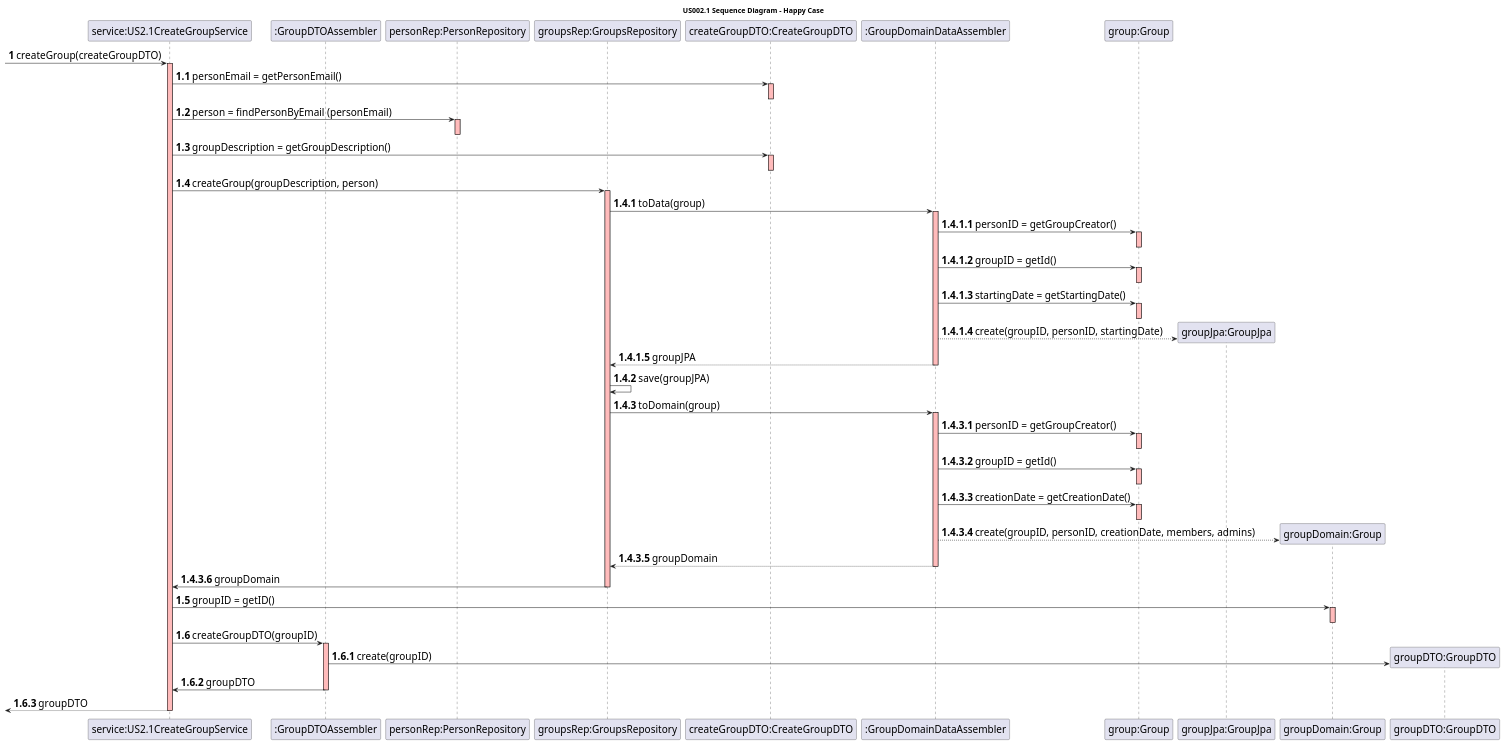
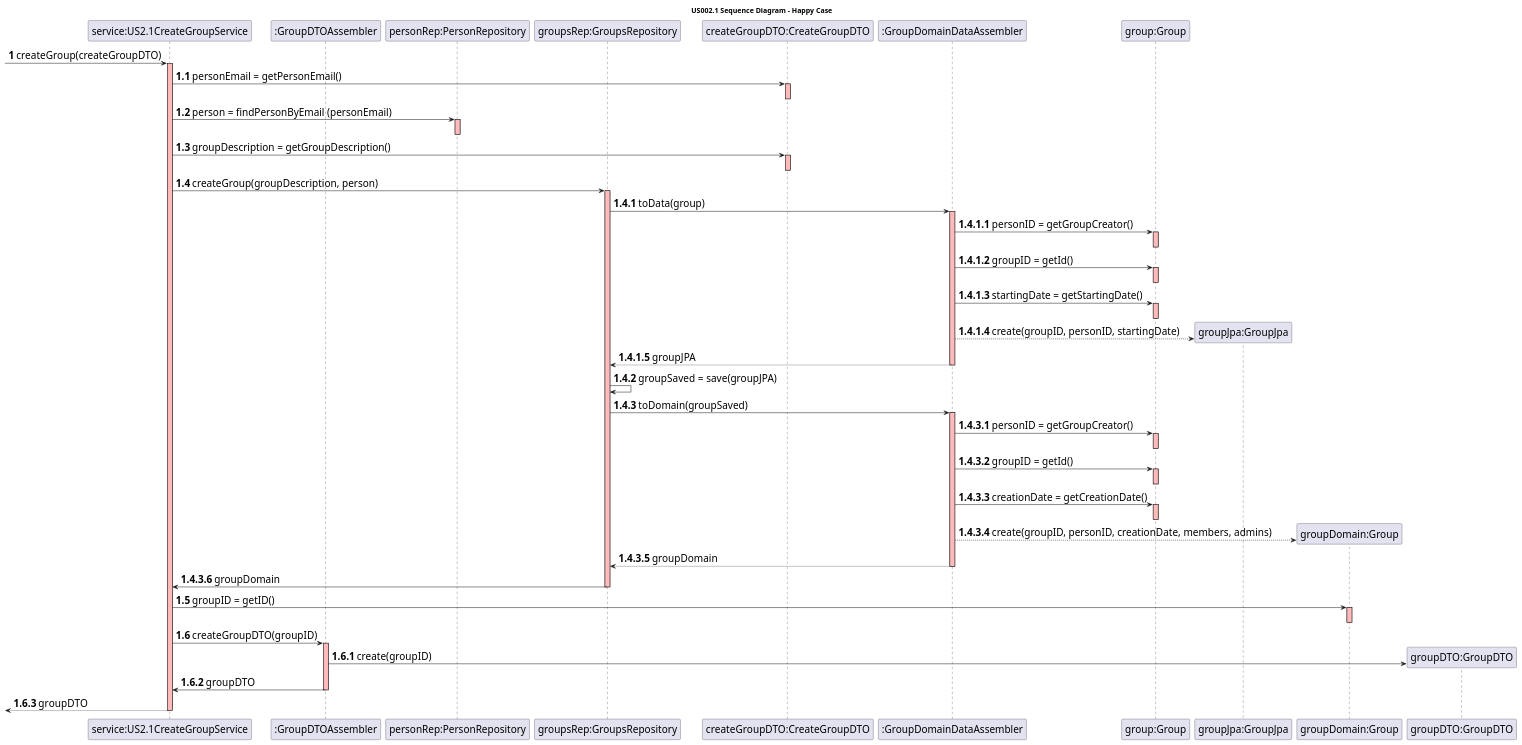
One commit to mleitaoribeiro/DevOpsMaven changed the diagram in src/main/java/switch2019/project/controllerLayer/rest/US002.1CreateGroupControllerRestRef_DB.puml. Above: the diagram before and after it, drawn with PlantUML.

Commit message:
fix #953 updated sequence diagram for us002.1

```diff
--- a/src/main/java/switch2019/project/controllerLayer/rest/US002.1CreateGroupControllerRestRef_DB.puml
+++ b/src/main/java/switch2019/project/controllerLayer/rest/US002.1CreateGroupControllerRestRef_DB.puml
@@ -1,100 +1,100 @@
 @startuml
 
 skinparam DefaultFontSize 20
 
 title <b>US002.1 Sequence Diagram - Happy Case</b>
 
 participant "service:US2.1CreateGroupService"
 participant ":GroupDTOAssembler"
 participant "personRep:PersonRepository"
 participant "groupsRep:GroupsRepository"
 
 autonumber
  -> "service:US2.1CreateGroupService" : createGroup(createGroupDTO)
 
 autonumber 1.1
 activate "service:US2.1CreateGroupService" #FFBBBB
 "service:US2.1CreateGroupService" -> "createGroupDTO:CreateGroupDTO" : personEmail = getPersonEmail()
 activate "createGroupDTO:CreateGroupDTO" #FFBBBB
 deactivate "createGroupDTO:CreateGroupDTO"
 
 "service:US2.1CreateGroupService" -> "personRep:PersonRepository" : person = findPersonByEmail (personEmail)
 activate "personRep:PersonRepository" #FFBBBB
 deactivate "personRep:PersonRepository"
 
 "service:US2.1CreateGroupService" -> "createGroupDTO:CreateGroupDTO" : groupDescription = getGroupDescription()
 activate "createGroupDTO:CreateGroupDTO" #FFBBBB
 deactivate "createGroupDTO:CreateGroupDTO"
 
 "service:US2.1CreateGroupService" -> "groupsRep:GroupsRepository" : createGroup(groupDescription, person)
 activate "groupsRep:GroupsRepository" #FFBBBB
 
 autonumber 1.4.1
 "groupsRep:GroupsRepository"->":GroupDomainDataAssembler":toData(group)
 
 autonumber 1.4.1.1
 activate ":GroupDomainDataAssembler" #FFBBBB
 
 ":GroupDomainDataAssembler"->"group:Group" : personID = getGroupCreator()
 activate "group:Group" #FFBBBB
 deactivate "group:Group"
 
 ":GroupDomainDataAssembler"->"group:Group" : groupID = getId()
 activate "group:Group" #FFBBBB
 deactivate "group:Group"
 
 ":GroupDomainDataAssembler"->"group:Group" : startingDate = getStartingDate()
 activate "group:Group" #FFBBBB
 deactivate "group:Group"
 
 create "groupJpa:GroupJpa"
 ":GroupDomainDataAssembler"-->"groupJpa:GroupJpa" : create(groupID, personID, startingDate)
 ":GroupDomainDataAssembler"-->"groupsRep:GroupsRepository" : groupJPA
 deactivate ":GroupDomainDataAssembler"
 
 autonumber 1.4.2
-"groupsRep:GroupsRepository" -> "groupsRep:GroupsRepository" :save(groupJPA)
+"groupsRep:GroupsRepository" -> "groupsRep:GroupsRepository" : groupSaved = save(groupJPA)
 
 autonumber 1.4.3
-"groupsRep:GroupsRepository"->":GroupDomainDataAssembler":toDomain(group)
+"groupsRep:GroupsRepository"->":GroupDomainDataAssembler":toDomain(groupSaved)
 activate ":GroupDomainDataAssembler" #FFBBBB
 
 autonumber 1.4.3.1
 ":GroupDomainDataAssembler"->"group:Group" : personID = getGroupCreator()
 activate "group:Group" #FFBBBB
 deactivate "group:Group"
 
 ":GroupDomainDataAssembler"->"group:Group" : groupID = getId()
 activate "group:Group" #FFBBBB
 deactivate "group:Group"
 
 ":GroupDomainDataAssembler"->"group:Group" : creationDate = getCreationDate()
 activate "group:Group" #FFBBBB
 deactivate "group:Group"
 
 create "groupDomain:Group"
 ":GroupDomainDataAssembler"-->"groupDomain:Group" : create(groupID, personID, creationDate, members, admins)
 ":GroupDomainDataAssembler"-->"groupsRep:GroupsRepository" : groupDomain
 deactivate ":GroupDomainDataAssembler"
 
 "groupsRep:GroupsRepository"->"service:US2.1CreateGroupService" : groupDomain
 deactivate "groupsRep:GroupsRepository"
 
 autonumber 1.5
 "service:US2.1CreateGroupService"->"groupDomain:Group" : groupID = getID()
 activate "groupDomain:Group" #FFBBBB
 deactivate "groupDomain:Group"
 
 "service:US2.1CreateGroupService"->":GroupDTOAssembler" : createGroupDTO(groupID)
 activate ":GroupDTOAssembler" #FFBBBB
 create "groupDTO:GroupDTO"
 
 autonumber 1.6.1
 ":GroupDTOAssembler"->"groupDTO:GroupDTO" : create(groupID)
 ":GroupDTOAssembler"->"service:US2.1CreateGroupService": groupDTO
 deactivate ":GroupDTOAssembler"
 
 <-- "service:US2.1CreateGroupService" : groupDTO
 deactivate "service:US2.1CreateGroupService"
 
 @enduml
```
